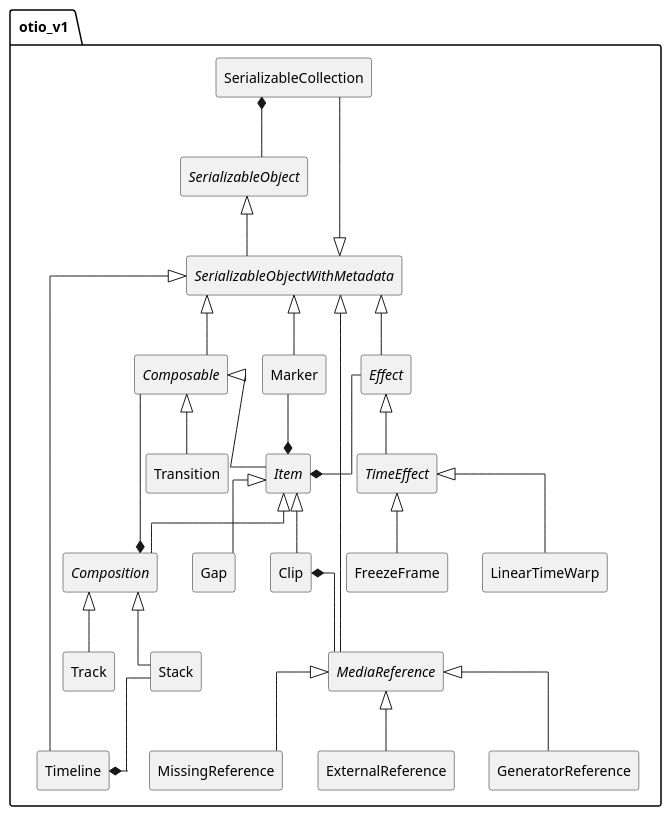
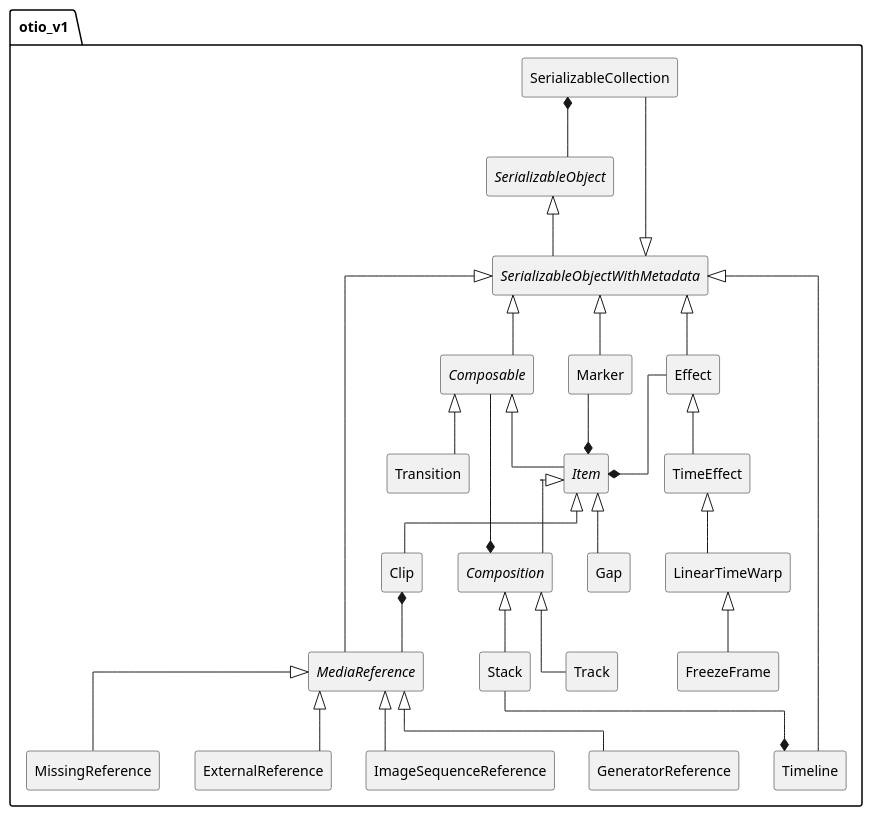
The first of 32 diagrams in src/main/md/otio-core.md (sandflow/otio-core-specification), drawn with PlantUML before and after one commit. The commit also changed other lines of this file and 11 other files, not shown here.

Commit message:
Updated schema per test material

```diff
--- a/src/main/md/otio-core.md
+++ b/src/main/md/otio-core.md
@@ -42,7 +42,7 @@
 abstract class SerializableObjectWithMetadata [[#object-model-SerializableObjectWithMetadata]]
 interface SerializableObject [[#object-model-SerializableObject]]
 abstract class Composable [[#object-model-Composable]]
-abstract class TimeEffect [[#object-model-TimeEffect]]
+class TimeEffect [[#object-model-TimeEffect]]
 abstract class Item [[#object-model-Item]]
 class Transition [[#object-model-Transition]]
 
@@ -52,7 +52,7 @@
   abstract class Composition [[#object-model-Composition]]
 }
 
-abstract class Effect [[#object-model-Effect]]
+class Effect [[#object-model-Effect]]
 class Marker [[#object-model-Marker]]
 
 class LinearTimeWarp [[#object-model-LinearTimeWarp]]
@@ -78,7 +78,7 @@
 Effect <|-- TimeEffect
 
 TimeEffect <|-- LinearTimeWarp
-TimeEffect <|-- FreezeFrame
+LinearTimeWarp <|-- FreezeFrame
 
 Composition <|-- Track
 Composition <|-- Stack
@@ -91,10 +91,12 @@
 class GeneratorReference [[#object-model-GeneratorReference]]
 class MissingReference [[#object-model-MissingReference]]
 class ExternalReference [[#object-model-ExternalReference]]
+class ImageSequenceReference [[#object-model-ImageSequenceReference]]
 
 MediaReference <|-down- ExternalReference
 MediaReference <|-down- GeneratorReference
 MediaReference <|-down- MissingReference
+MediaReference <|-down- ImageSequenceReference
 
 }
 
```
